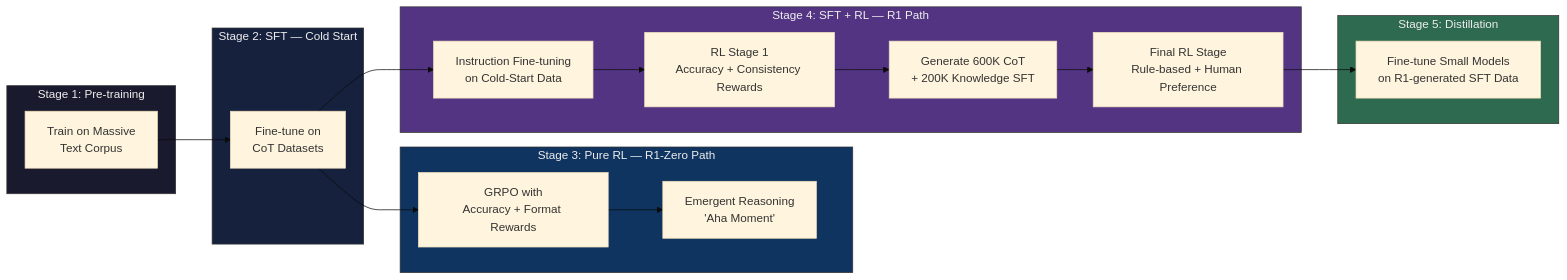
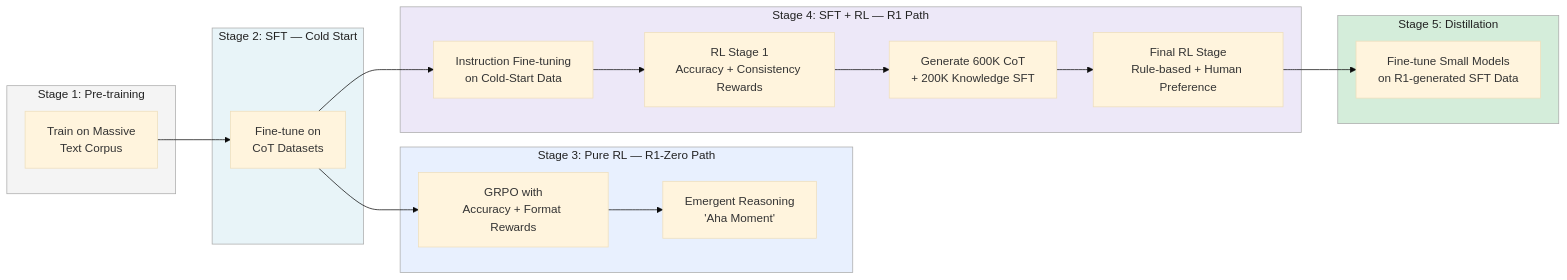
The second of 5 diagrams in reasoning/README.md (jylhakos/autonomous-artificial-intelligence), drawn with Mermaid (base theme) before and after one commit. The commit also changed other lines of this file, not shown here.

````diff
--- a/reasoning/README.md
+++ b/reasoning/README.md
@@ -261,39 +261,39 @@
 ```mermaid
 flowchart LR
     subgraph Stage1["Stage 1: Pre-training"]
         PT[Train on Massive\nText Corpus]
     end
 
     subgraph Stage2["Stage 2: SFT — Cold Start"]
         SFT1[Fine-tune on\nCoT Datasets]
     end
 
     subgraph Stage3["Stage 3: Pure RL — R1-Zero Path"]
         RL0[GRPO with\nAccuracy + Format Rewards]
         AHA[Emergent Reasoning\n'Aha Moment']
         RL0 --> AHA
     end
 
     subgraph Stage4["Stage 4: SFT + RL — R1 Path"]
         SFT2[Instruction Fine-tuning\non Cold-Start Data]
         RL1[RL Stage 1\nAccuracy + Consistency Rewards]
         SFT3[Generate 600K CoT\n+ 200K Knowledge SFT]
         RL2[Final RL Stage\nRule-based + Human Preference]
         SFT2 --> RL1 --> SFT3 --> RL2
     end
 
     subgraph Stage5["Stage 5: Distillation"]
         DIST[Fine-tune Small Models\non R1-generated SFT Data]
     end
 
     PT --> SFT1
     SFT1 --> RL0
     SFT1 --> SFT2
     RL2 --> DIST
 
-    style Stage1 fill:#1a1a2e,color:#eee,stroke:#333
-    style Stage2 fill:#16213e,color:#eee,stroke:#333
-    style Stage3 fill:#0f3460,color:#eee,stroke:#333
-    style Stage4 fill:#533483,color:#eee,stroke:#333
-    style Stage5 fill:#2d6a4f,color:#eee,stroke:#333
+    style Stage1 fill:#f4f4f4,color:#222,stroke:#aaa
+    style Stage2 fill:#e8f4f8,color:#222,stroke:#aaa
+    style Stage3 fill:#e8f0fe,color:#222,stroke:#aaa
+    style Stage4 fill:#ede8f8,color:#222,stroke:#aaa
+    style Stage5 fill:#d4edda,color:#222,stroke:#aaa
 ```
````
